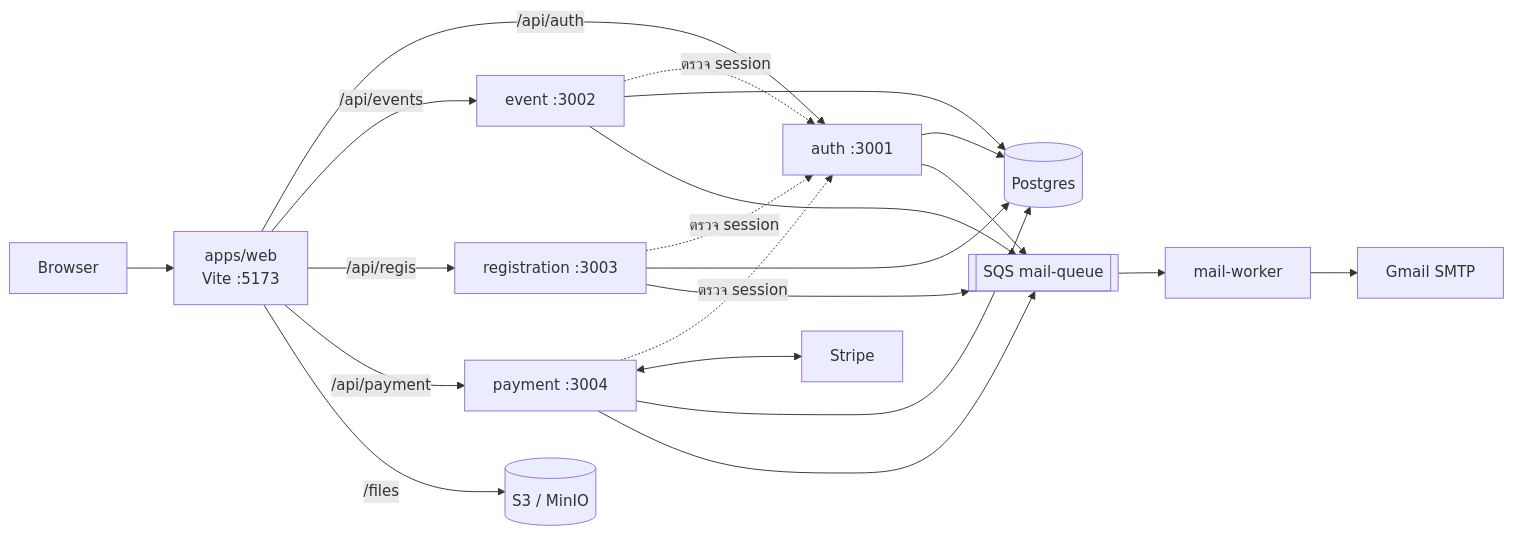
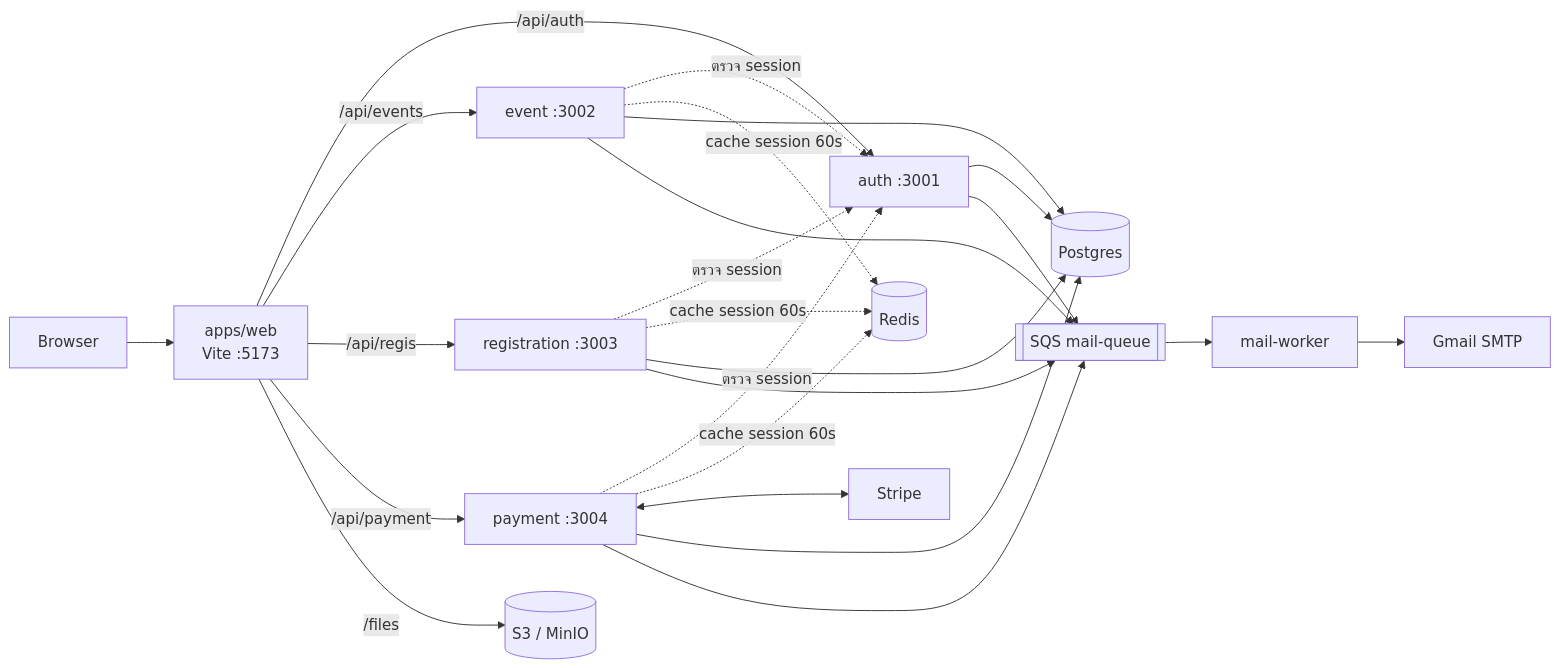
One commit to Phoz07/Cloud_Computing2026-Project changed the diagram in README.md. Above: the diagram before and after it, drawn with Mermaid. The commit also changed other lines of this file and 5 other files, not shown here.

````diff
--- a/README.md
+++ b/README.md
@@ -29,16 +29,17 @@
 ```mermaid
 flowchart LR
   B["Browser"] --> V["apps/web<br/>Vite :5173"]
   V -->|"/api/auth"| A["auth :3001"]
   V -->|"/api/events"| E["event :3002"]
   V -->|"/api/regis"| R["registration :3003"]
   V -->|"/api/payment"| P["payment :3004"]
   V -->|"/files"| S3[("S3 / MinIO")]
   E -.->|"ตรวจ session"| A
   R -.->|"ตรวจ session"| A
   P -.->|"ตรวจ session"| A
+  E & R & P -.->|"cache session 60s"| RD[("Redis")]
   P <--> ST["Stripe"]
   A & E & R & P --> PG[("Postgres")]
   A & E & R & P --> Q[["SQS mail-queue"]]
   Q --> M["mail-worker"] --> G["Gmail SMTP"]
 ```
````
